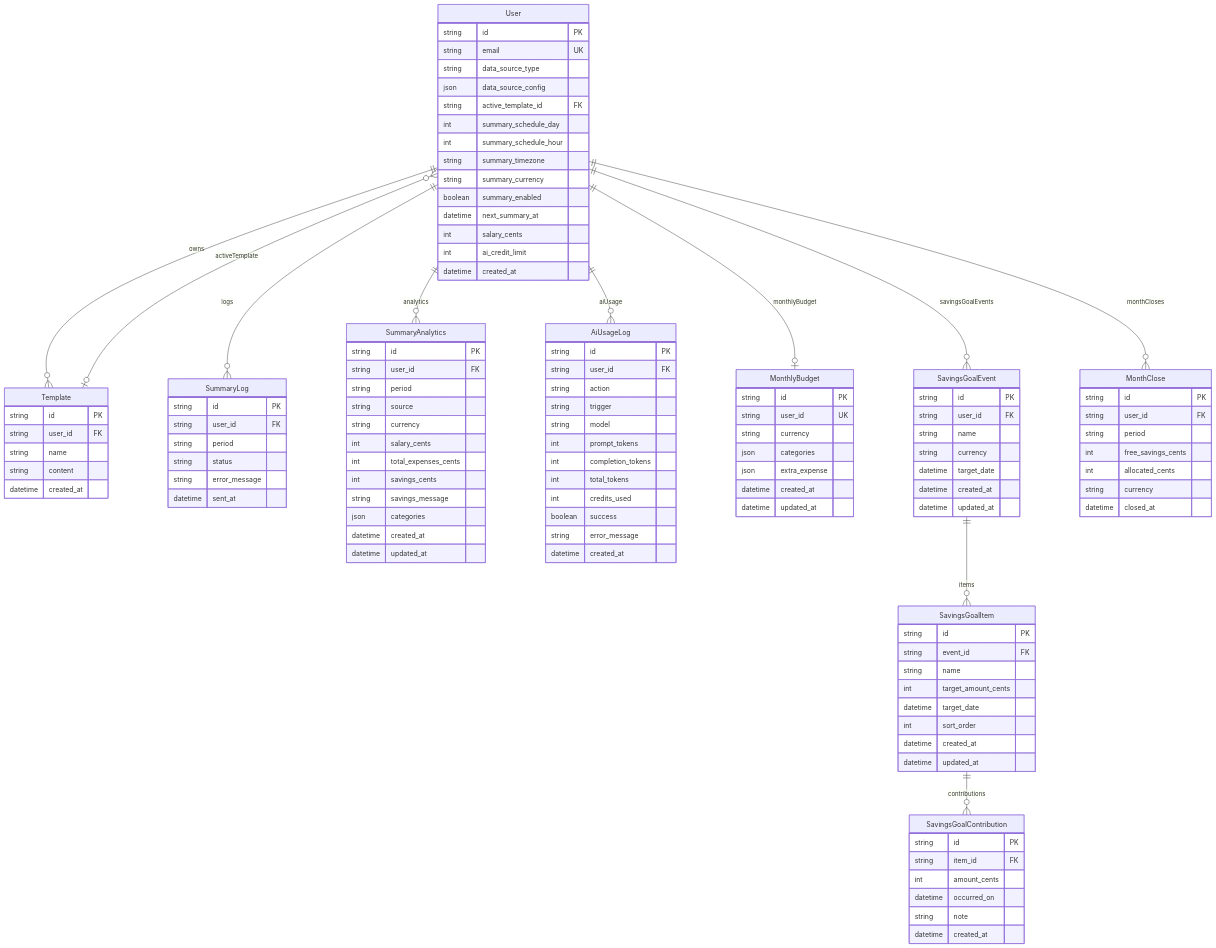
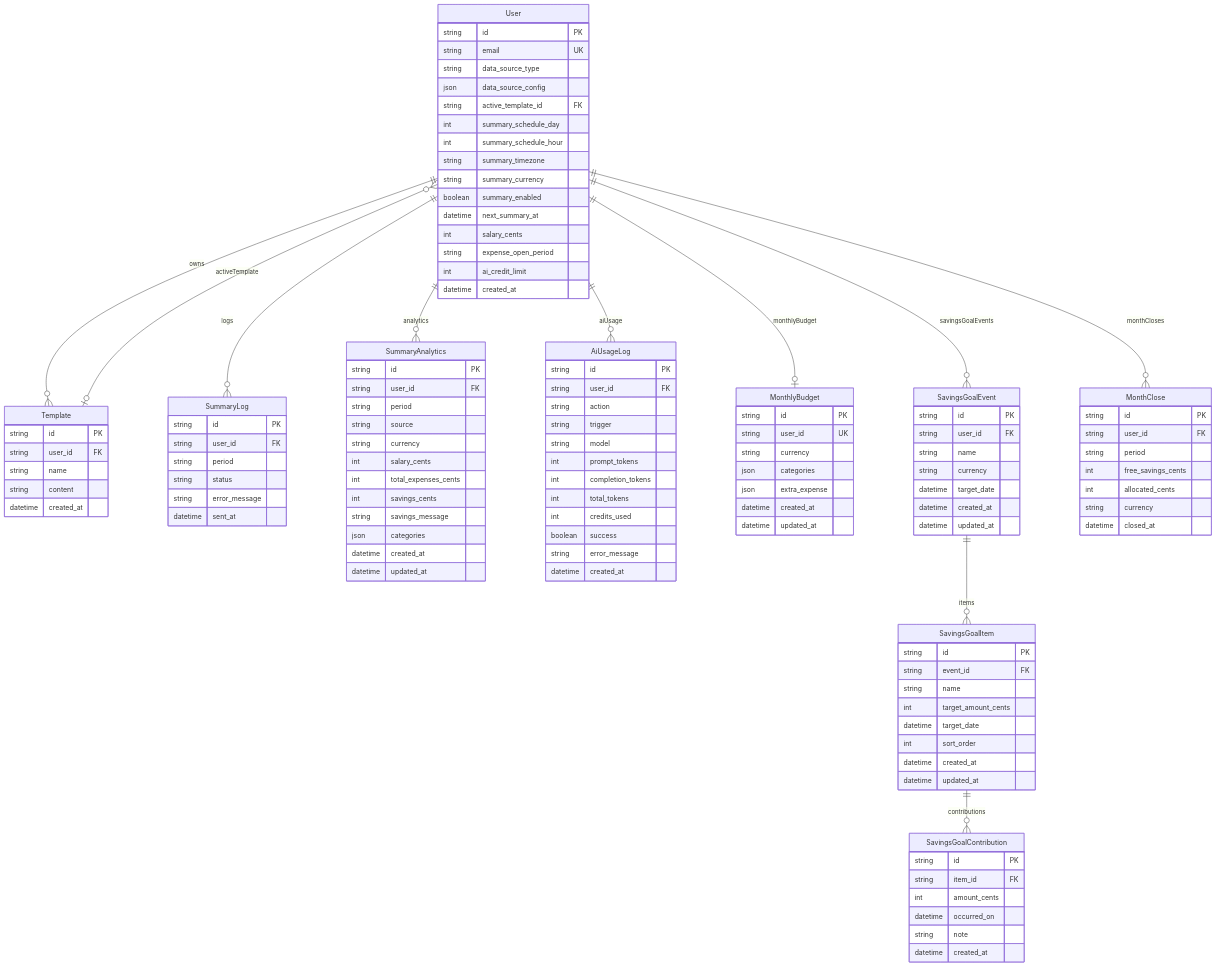
Before and after one commit to PatrykS-ORG/expenses-tracking-backend: the diagram in docs/database.md, drawn with Mermaid. The commit also changed other lines of this file and 10 other files, not shown here.

Commit message:
fix: Do not block expense writes during the open month

```diff
--- a/docs/database.md
+++ b/docs/database.md
@@ -326,6 +327,7 @@
     boolean summary_enabled
     datetime next_summary_at
     int salary_cents
+    string expense_open_period
     int ai_credit_limit
     datetime created_at
   }
```
